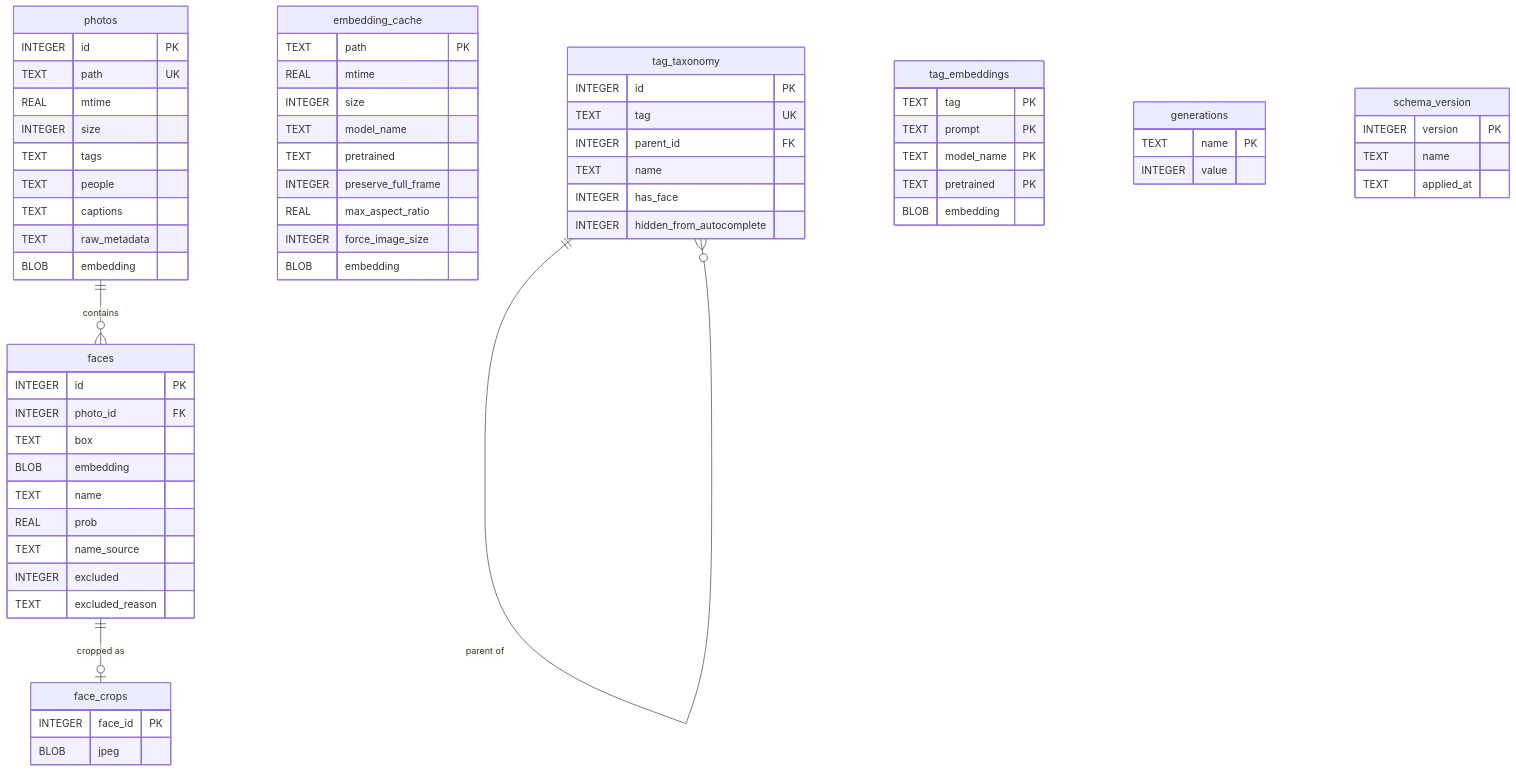
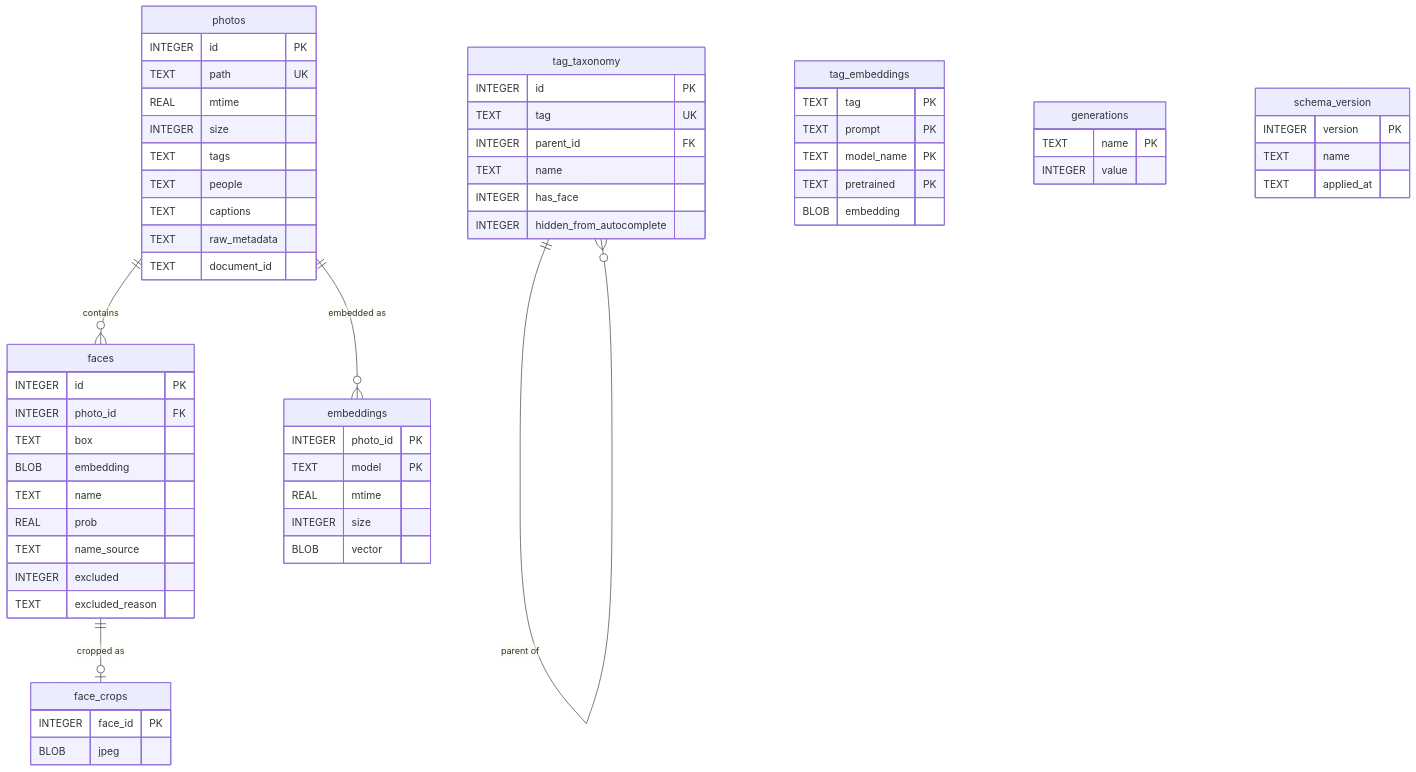
The first of 2 diagrams in DATABASE.md (Wizoi/TagPup), drawn with Mermaid before and after one commit. The commit also changed other lines of this file and 19 other files, not shown here.

First line of the commit message:
refactor: one embeddings table, by photo and model

````diff
--- a/DATABASE.md
+++ b/DATABASE.md
@@ -162,75 +157,72 @@
 ```mermaid
 erDiagram
     photos {
         INTEGER id PK
         TEXT path UK
         REAL mtime
         INTEGER size
         TEXT tags
         TEXT people
         TEXT captions
         TEXT raw_metadata
-        BLOB embedding
+        TEXT document_id
     }
     
     faces {
         INTEGER id PK
         INTEGER photo_id FK
         TEXT box
         BLOB embedding
         TEXT name
         REAL prob
         TEXT name_source
         INTEGER excluded
         TEXT excluded_reason
     }
     
-    embedding_cache {
-        TEXT path PK
+    embeddings {
+        INTEGER photo_id PK
+        TEXT model PK
         REAL mtime
         INTEGER size
-        TEXT model_name
-        TEXT pretrained
-        INTEGER preserve_full_frame
-        REAL max_aspect_ratio
-        INTEGER force_image_size
-        BLOB embedding
+        BLOB vector
     }
 
     tag_taxonomy {
         INTEGER id PK
         TEXT tag UK
         INTEGER parent_id FK
         TEXT name
         INTEGER has_face
         INTEGER hidden_from_autocomplete
     }
 
     tag_embeddings {
         TEXT tag PK
         TEXT prompt PK
         TEXT model_name PK
         TEXT pretrained PK
         BLOB embedding
     }
 
     face_crops {
         INTEGER face_id PK
         BLOB jpeg
     }
 
     generations {
         TEXT name PK
         INTEGER value
     }
 
     schema_version {
         INTEGER version PK
         TEXT name
         TEXT applied_at
     }
 
     photos ||--o{ faces : "contains"
+    photos ||--o{ embeddings : "embedded as"
     faces ||--o| face_crops : "cropped as"
     tag_taxonomy ||--o{ tag_taxonomy : "parent of"
 ```
````
